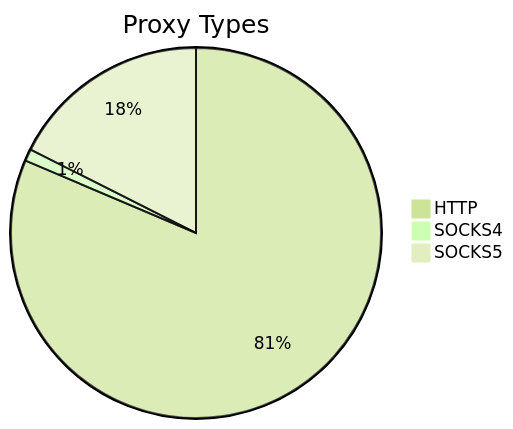
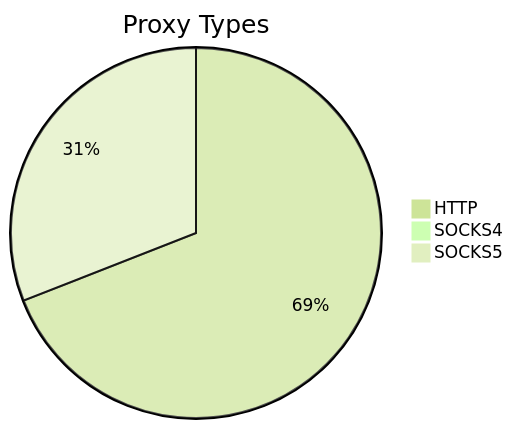
Before and after one commit to stormsia/proxy-list: the first of 2 diagrams in README.md, drawn with Mermaid (forest theme). The commit also changed other lines of this file, not shown here.

````diff
--- a/README.md
+++ b/README.md
@@ -21,6 +21,6 @@
 ```mermaid
 pie title Proxy Types
-    "HTTP" : 2808
-    "SOCKS4" : 36
-    "SOCKS5" : 606
+    "HTTP" : 2024
+    "SOCKS4" : 9
+    "SOCKS5" : 907
 ```
````
